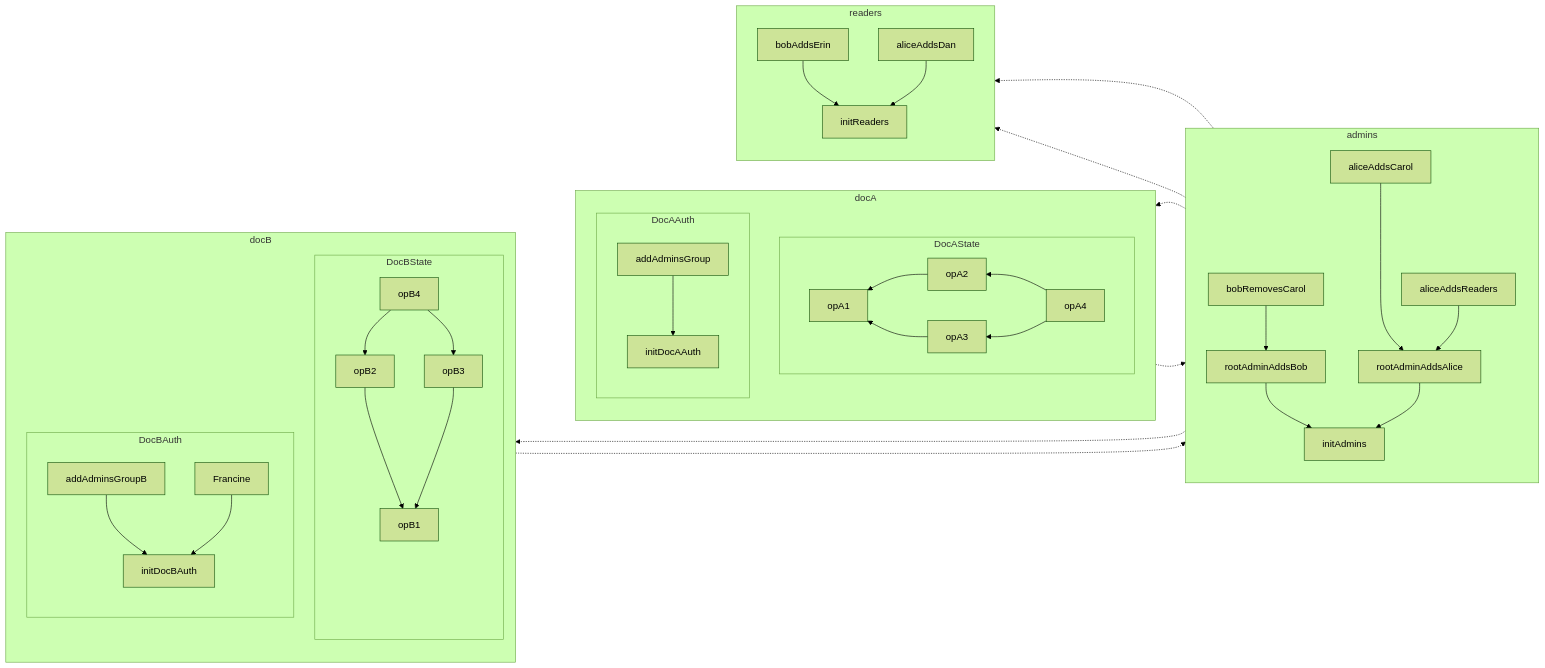
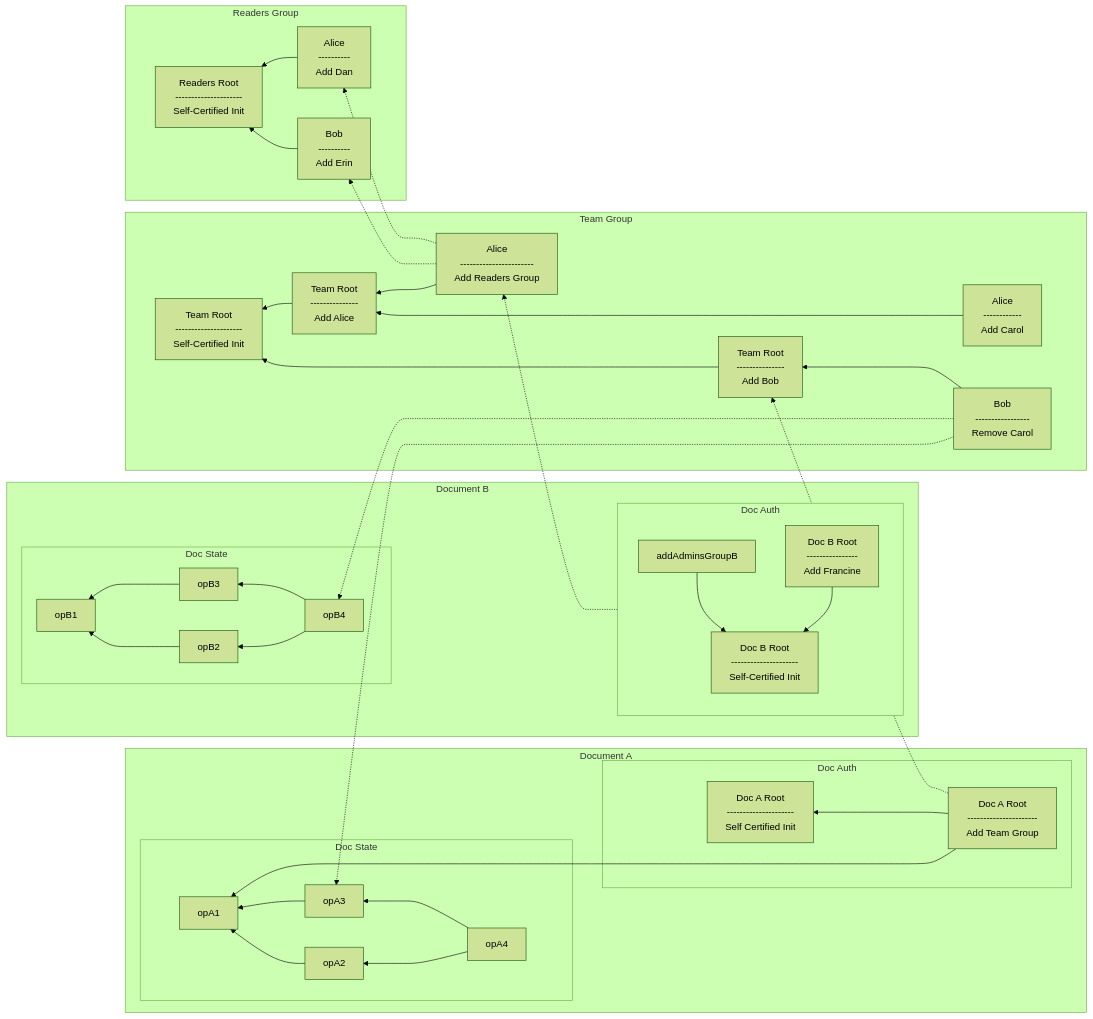
The second of 8 diagrams in design/group_membership.md (inkandswitch/keyhive), drawn with Mermaid (forest theme) before and after one commit.

Commit message:
Much better layout

````diff
--- a/design/group_membership.md
+++ b/design/group_membership.md
@@ -19,62 +19,52 @@
 ```mermaid
 flowchart RL
-    subgraph docA
-        direction TB
-        
-        subgraph DocAState
-            direction RL
-            
+    subgraph docA[Document A]
+        subgraph DocAState[Doc State]
             opA4 --> opA2 --> opA1
             opA4 --> opA3 --> opA1
         end
 
-        subgraph DocAAuth
-            direction TB
-        
-            addAdminsGroup --> initDocAAuth
+        subgraph DocAAuth[Doc Auth]
+            addAdminsGroup["Doc A Root\n----------------------\nAdd Team Group"] --> initDocAAuth["Doc A Root\n---------------------\nSelf Certified Init"]
         end
     end
 
-    subgraph docB
-        direction TB
-        
-        subgraph DocBState
+    subgraph docB[Document B]
+        subgraph DocBState[Doc State]
             opB4 --> opB2 --> opB1
             opB4 --> opB3 --> opB1
         end
 
-        subgraph DocBAuth
+        subgraph DocBAuth[Doc Auth]
             direction TB
         
             addAdminsGroupB --> initDocBAuth
-            Francine --> initDocBAuth
+            addFrancine["Doc B Root\n----------------\nAdd Francine"] --> initDocBAuth["Doc B Root\n---------------------\nSelf-Certified Init"]
         end
     end
 
-    subgraph admins
-        direction TB
-        
-        rootAdminAddsBob --> initAdmins
-        rootAdminAddsAlice --> initAdmins
-        aliceAddsCarol ----> rootAdminAddsAlice
-        bobRemovesCarol --> rootAdminAddsBob
+    subgraph admins[Team Group]
+        rootAdminAddsBob["Team Root\n---------------\nAdd Bob"] --> initAdmins["Team Root\n---------------------\nSelf-Certified Init"]
+        rootAdminAddsAlice["Team Root\n---------------\nAdd Alice"] --> initAdmins
+        aliceAddsCarol["Alice\n------------\nAdd Carol"] ----> rootAdminAddsAlice
+        bobRemovesCarol["Bob\n-----------------\nRemove Carol"] --> rootAdminAddsBob
 
-        aliceAddsReaders --> rootAdminAddsAlice
+        aliceAddsReaders["Alice\n-----------------------\nAdd Readers Group"] --> rootAdminAddsAlice
     end
 
-    subgraph readers
-        direction TB
-
-        bobAddsErin --> initReaders
-        aliceAddsDan --> initReaders
+    subgraph readers[Readers Group]
+        bobAddsErin["Bob\n----------\nAdd Erin"] --> initReaders["Readers Root\n---------------------\nSelf-Certified Init"]
+        aliceAddsDan["Alice\n----------\nAdd Dan"] --> initReaders
     end
 
     bobRemovesCarol -.-> opA3
     bobRemovesCarol -...-> opB4
 
     aliceAddsReaders -.-> bobAddsErin
     aliceAddsReaders -.-> aliceAddsDan
 
     addAdminsGroup -.-> rootAdminAddsBob
     addAdminsGroupB -.-> aliceAddsReaders
+
+    addAdminsGroup -----> opA1
 ```
````
